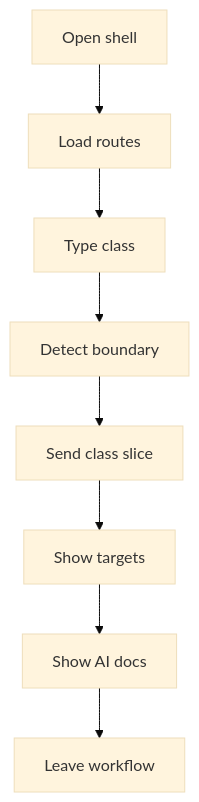
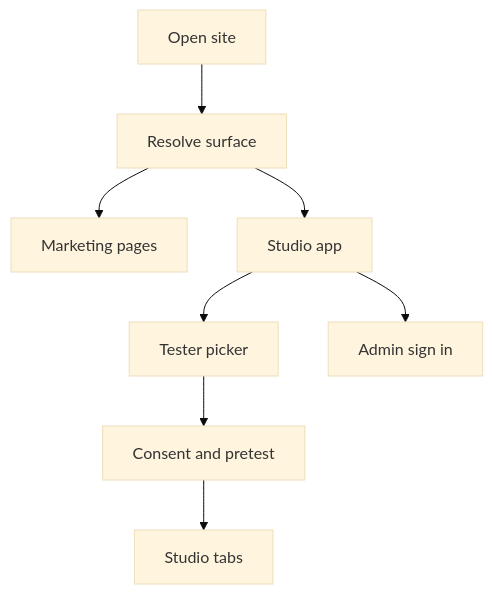
Before and after one commit to JohnAndrewBalbarosa/NeoTerritory: the first of 4 diagrams in docs/Codebase/Frontend/README.md, drawn with Mermaid (base theme). The commit also changed other lines of this file, not shown here.

````diff
--- a/docs/Codebase/Frontend/README.md
+++ b/docs/Codebase/Frontend/README.md
@@ -25,18 +57,18 @@
 ```mermaid
 flowchart TD
-    Start["Open shell"]
-    N0["Load routes"]
-    N1["Type class"]
-    N2["Detect boundary"]
-    N3["Send class slice"]
-    N4["Show targets"]
-    N5["Show AI docs"]
-    End["Leave workflow"]
-    Start --> N0
-    N0 --> N1
-    N1 --> N2
-    N2 --> N3
-    N3 --> N4
-    N4 --> N5
-    N5 --> End
+    Start["Open site"]
+    Router["Resolve surface"]
+    Marketing["Marketing pages"]
+    Studio["Studio app"]
+    Picker["Tester picker"]
+    Admin["Admin sign in"]
+    Gates["Consent and pretest"]
+    Workspace["Studio tabs"]
+    Start --> Router
+    Router --> Marketing
+    Router --> Studio
+    Studio --> Picker
+    Studio --> Admin
+    Picker --> Gates
+    Gates --> Workspace
 ```
````
